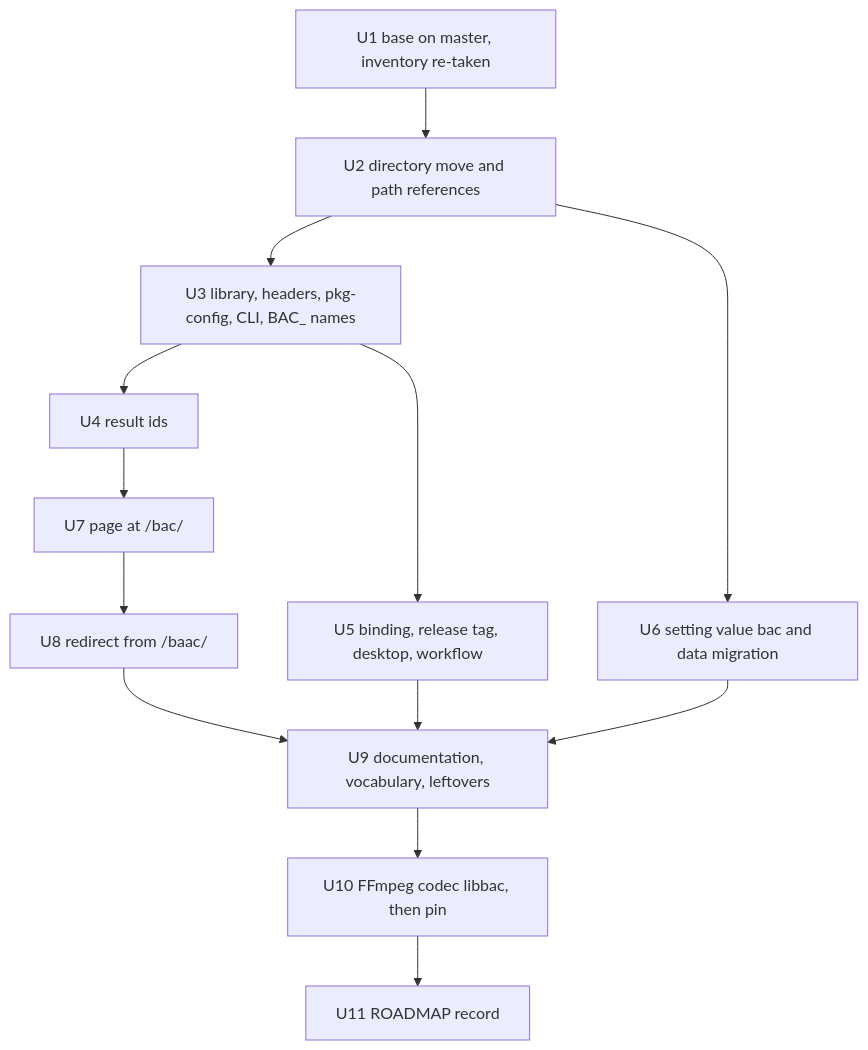
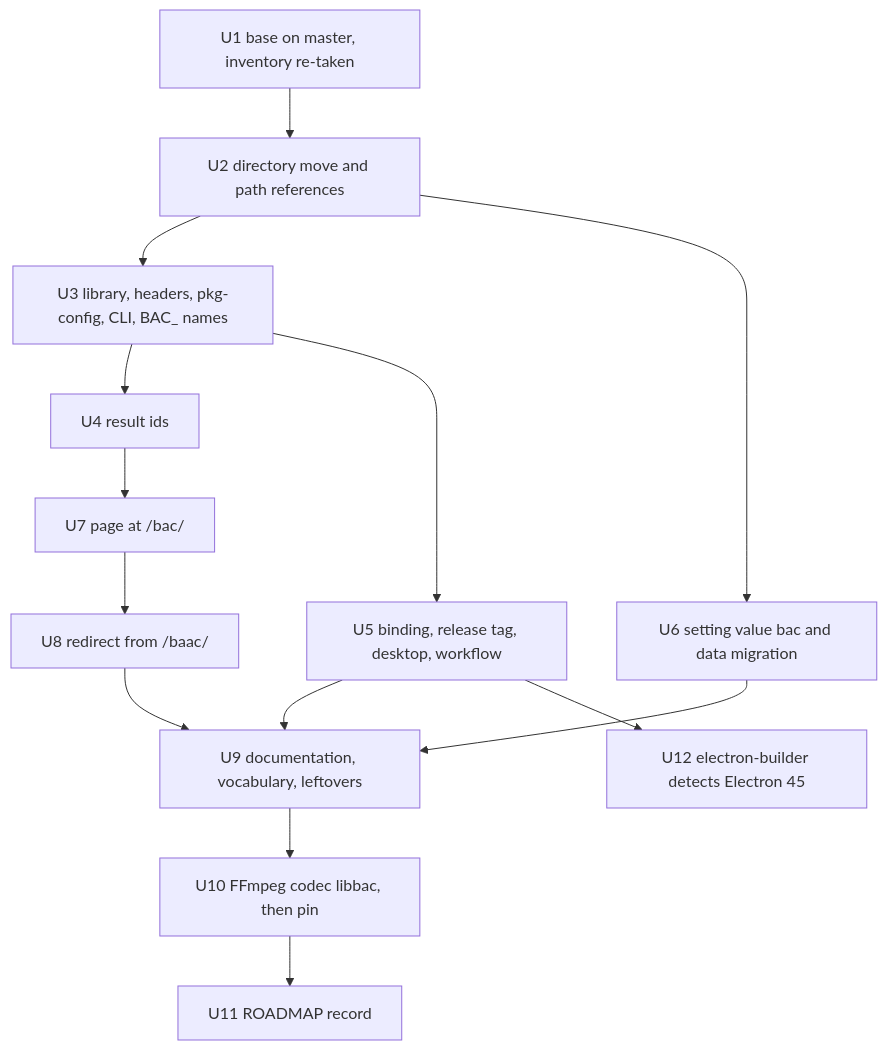
Before and after one commit to baander-app/baander: the first of 2 diagrams in docs/plans/2026-11-12-1934-refactor-rename-baac-to-bac-plan.md, drawn with Mermaid. The commit also changed other lines of this file and 1 other file, not shown here.

First line of the commit message:
fix(desktop): let electron-builder detect Electron 45's ABI

````diff
--- a/docs/plans/2026-11-12-1934-refactor-rename-baac-to-bac-plan.md
+++ b/docs/plans/2026-11-12-1934-refactor-rename-baac-to-bac-plan.md
@@ -208,15 +208,16 @@
 ```mermaid
 flowchart TB
   U1[U1 base on master, inventory re-taken] --> U2[U2 directory move and path references]
   U2 --> U3[U3 library, headers, pkg-config, CLI, BAC_ names]
   U3 --> U4[U4 result ids]
   U3 --> U5[U5 binding, release tag, desktop, workflow]
   U2 --> U6[U6 setting value bac and data migration]
   U4 --> U7[U7 page at /bac/]
   U7 --> U8[U8 redirect from /baac/]
   U5 --> U9[U9 documentation, vocabulary, leftovers]
   U6 --> U9
   U8 --> U9
   U9 --> U10[U10 FFmpeg codec libbac, then pin]
   U10 --> U11[U11 ROADMAP record]
+  U5 --> U12[U12 electron-builder detects Electron 45]
 ```
````
